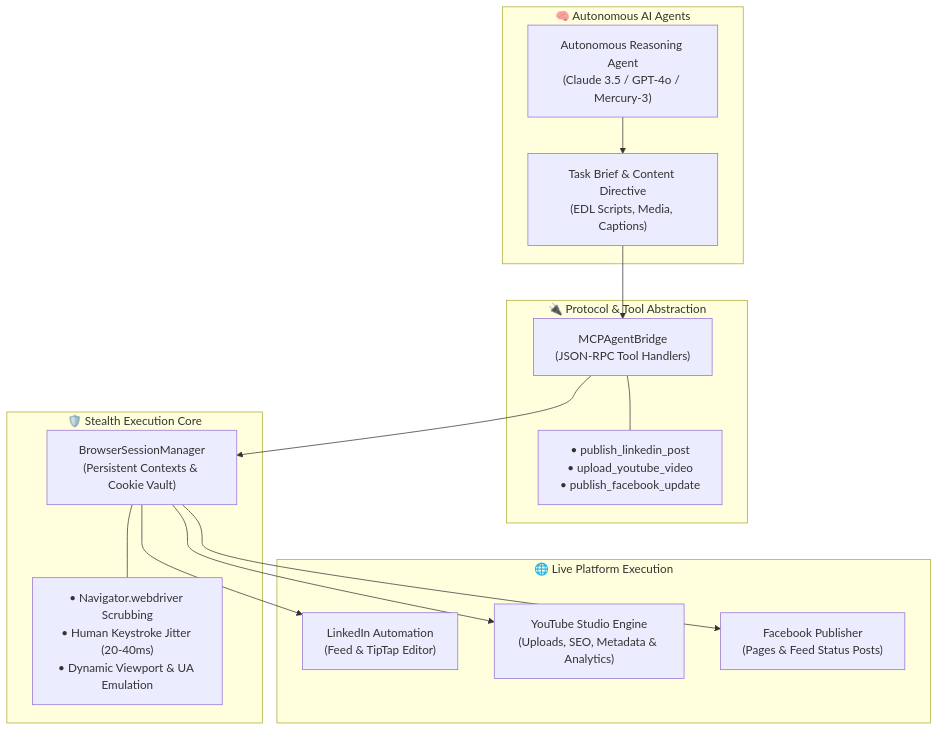
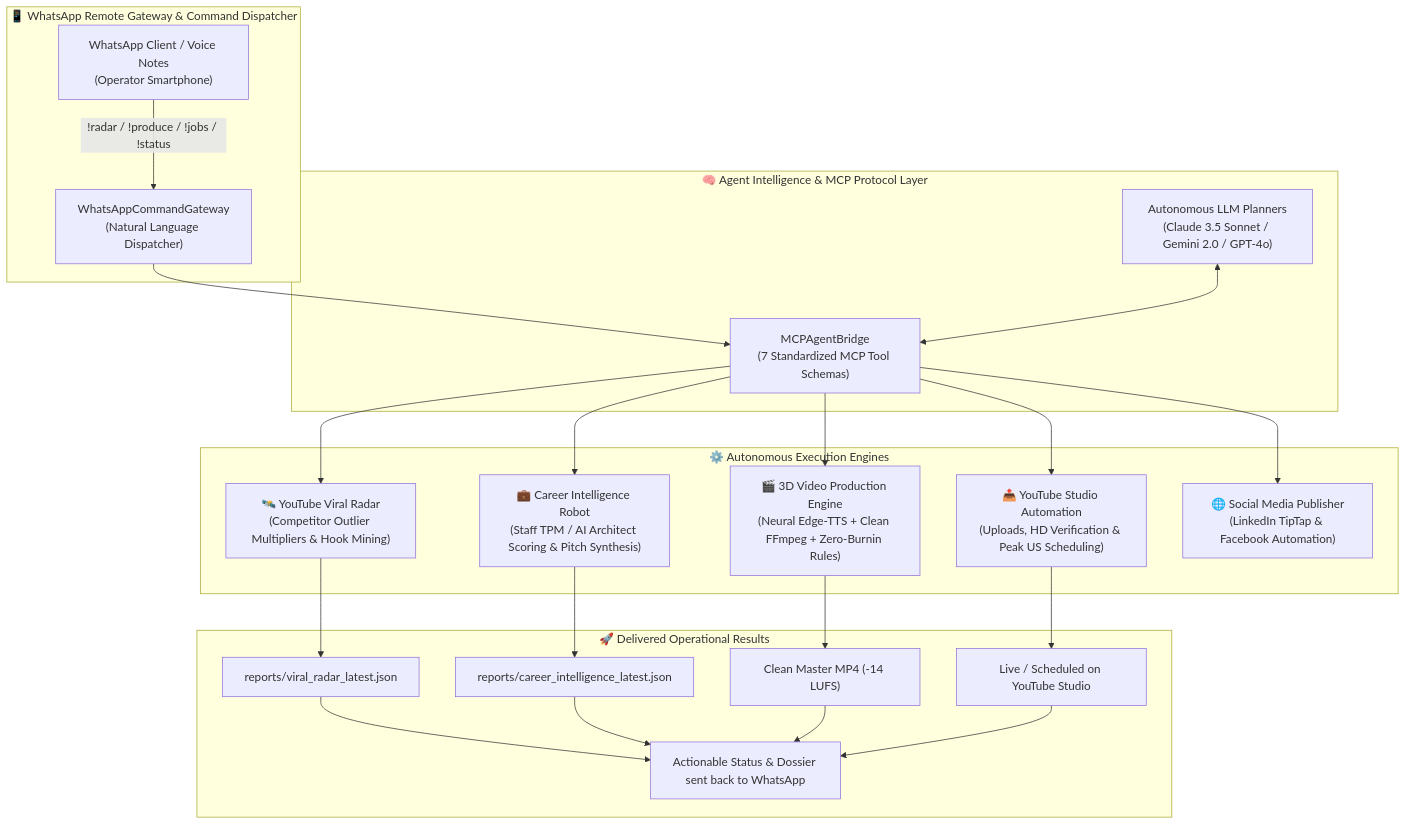
One commit to shabbir2024a-dot/autonomous-browser-agent-hub changed the diagram in README.md. Above: the diagram before and after it, drawn with Mermaid. The commit also changed other lines of this file and 14 other files, not shown here.

Commit message:
feat(v2.0): Aegis AgentOS - WhatsApp command gateway, YouTube viral radar, clean video production engine & career intelligence robot

````diff
--- a/README.md
+++ b/README.md
@@ -24,31 +24,37 @@
 ```mermaid
 flowchart TD
-    subgraph AgentLayer ["🧠 Autonomous AI Agents"]
-        Agent["Autonomous Reasoning Agent\n(Claude 3.5 / GPT-4o / Mercury-3)"]
-        Prompts["Task Brief & Content Directive\n(EDL Scripts, Media, Captions)"]
-        Agent --> Prompts
+    subgraph Ingestion ["📱 WhatsApp Remote Gateway & Command Dispatcher"]
+        WA["WhatsApp Client / Voice Notes\n(Operator Smartphone)"]
+        Gateway["WhatsAppCommandGateway\n(Natural Language Dispatcher)"]
+        WA -->|"!radar / !produce / !jobs / !status"| Gateway
     end
 
-    subgraph MCPBridge ["🔌 Protocol & Tool Abstraction"]
-        Bridge["MCPAgentBridge\n(JSON-RPC Tool Handlers)"]
-        Tools["• publish_linkedin_post\n• upload_youtube_video\n• publish_facebook_update"]
-        Prompts --> Bridge
-        Bridge --- Tools
+    subgraph AgentCore ["🧠 Agent Intelligence & MCP Protocol Layer"]
+        Bridge["MCPAgentBridge\n(7 Standardized MCP Tool Schemas)"]
+        Gateway --> Bridge
+        LLM["Autonomous LLM Planners\n(Claude 3.5 Sonnet / Gemini 2.0 / GPT-4o)"]
+        LLM <--> Bridge
     end
 
-    subgraph BrowserCore ["🛡️ Stealth Execution Core"]
-        SessionMgr["BrowserSessionManager\n(Persistent Contexts & Cookie Vault)"]
-        Stealth["• Navigator.webdriver Scrubbing\n• Human Keystroke Jitter (20-40ms)\n• Dynamic Viewport & UA Emulation"]
-        Bridge --> SessionMgr
-        SessionMgr --- Stealth
+    subgraph AutonomousPipelines ["⚙️ Autonomous Execution Engines"]
+        Radar["🛰️ YouTube Viral Radar\n(Competitor Outlier Multipliers & Hook Mining)"]
+        VideoEngine["🎬 3D Video Production Engine\n(Neural Edge-TTS + Clean FFmpeg + Zero-Burnin Rules)"]
+        CareerRobot["💼 Career Intelligence Robot\n(Staff TPM / AI Architect Scoring & Pitch Synthesis)"]
+        StudioMgr["📤 YouTube Studio Automation\n(Uploads, HD Verification & Peak US Scheduling)"]
+        SocialMgr["🌐 Social Media Publisher\n(LinkedIn TipTap & Facebook Automation)"]
+
+        Bridge --> Radar
+        Bridge --> VideoEngine
+        Bridge --> CareerRobot
+        Bridge --> StudioMgr
+        Bridge --> SocialMgr
     end
 
-    subgraph PlatformTargets ["🌐 Live Platform Execution"]
-        LI["LinkedIn Automation\n(Feed & TipTap Editor)"]
-        YT["YouTube Studio Engine\n(Uploads, SEO, Metadata & Analytics)"]
-        FB["Facebook Publisher\n(Pages & Feed Status Posts)"]
-        SessionMgr --> LI
-        SessionMgr --> YT
-        SessionMgr --> FB
+    subgraph OutputSurfaces ["🚀 Delivered Operational Results"]
+        Radar --> RReport["reports/viral_radar_latest.json"]
+        CareerRobot --> CReport["reports/career_intelligence_latest.json"]
+        VideoEngine --> VMaster["Clean Master MP4 (-14 LUFS)"]
+        StudioMgr --> LiveYT["Live / Scheduled on YouTube Studio"]
+        RReport & CReport & VMaster & LiveYT --> WAFeedback["Actionable Status & Dossier sent back to WhatsApp"]
     end
 ```
````
